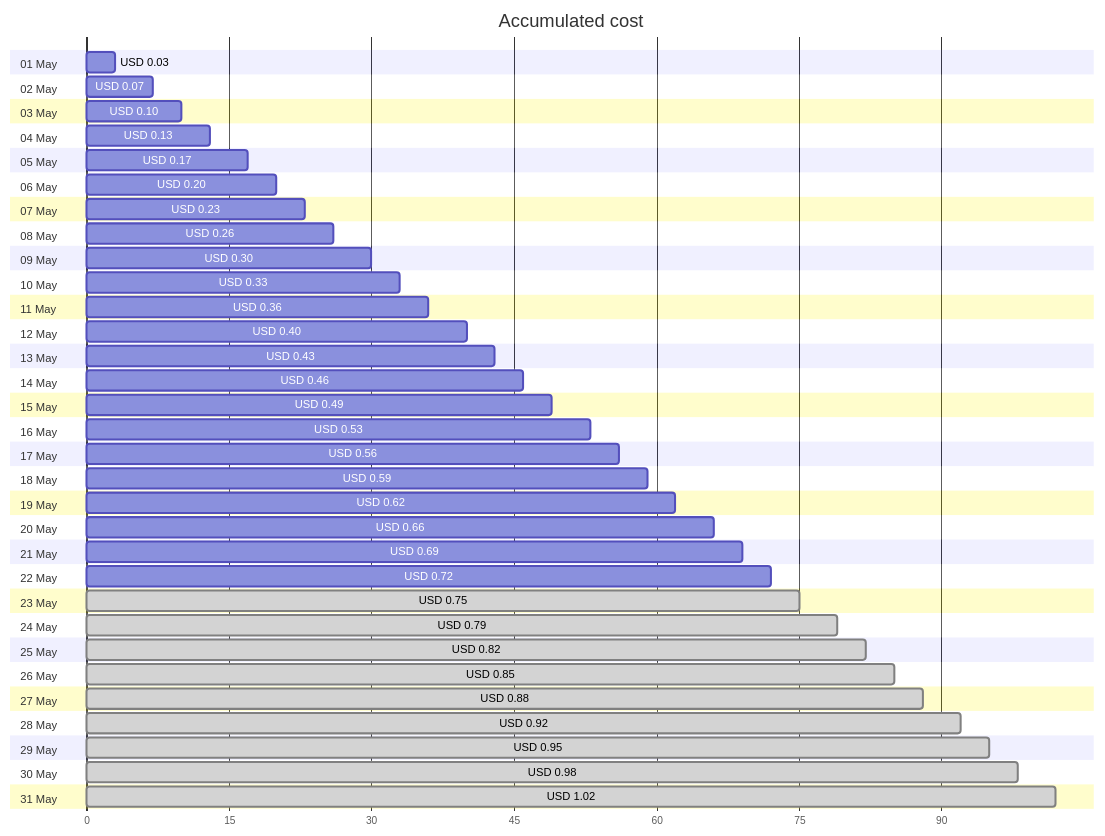
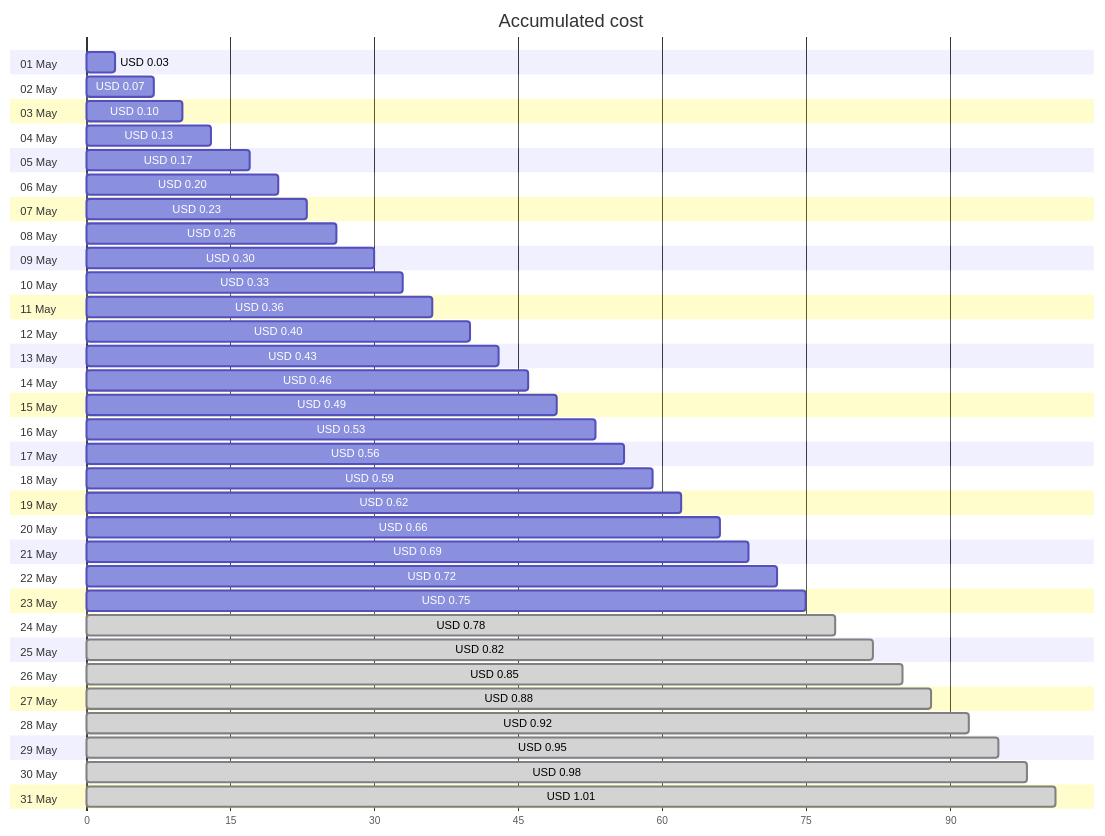
One commit to jpfulton/azure-personal-reports changed the first of 4 diagrams in cost-reports/personal-dns/README.md. Above: the diagram before and after it, drawn with Mermaid. The commit also changed other lines of this file and 2 other files, not shown here.

````diff
--- a/cost-reports/personal-dns/README.md
+++ b/cost-reports/personal-dns/README.md
@@ -20,68 +20,68 @@
 ```mermaid
 gantt
    title Accumulated cost
    dateFormat  X
    axisFormat %s
    section 01 May
    USD 0.03 :0, 3
    section 02 May
    USD 0.07 :0, 7
    section 03 May
    USD 0.10 :0, 10
    section 04 May
    USD 0.13 :0, 13
    section 05 May
    USD 0.17 :0, 17
    section 06 May
    USD 0.20 :0, 20
    section 07 May
    USD 0.23 :0, 23
    section 08 May
    USD 0.26 :0, 26
    section 09 May
    USD 0.30 :0, 30
    section 10 May
    USD 0.33 :0, 33
    section 11 May
    USD 0.36 :0, 36
    section 12 May
    USD 0.40 :0, 40
    section 13 May
    USD 0.43 :0, 43
    section 14 May
    USD 0.46 :0, 46
    section 15 May
    USD 0.49 :0, 49
    section 16 May
    USD 0.53 :0, 53
    section 17 May
    USD 0.56 :0, 56
    section 18 May
    USD 0.59 :0, 59
    section 19 May
    USD 0.62 :0, 62
    section 20 May
    USD 0.66 :0, 66
    section 21 May
    USD 0.69 :0, 69
    section 22 May
    USD 0.72 :0, 72
    section 23 May
-   USD 0.75 : done, 0, 75
+   USD 0.75 :0, 75
    section 24 May
-   USD 0.79 : done, 0, 79
+   USD 0.78 : done, 0, 78
    section 25 May
    USD 0.82 : done, 0, 82
    section 26 May
    USD 0.85 : done, 0, 85
    section 27 May
    USD 0.88 : done, 0, 88
    section 28 May
    USD 0.92 : done, 0, 92
    section 29 May
    USD 0.95 : done, 0, 95
    section 30 May
    USD 0.98 : done, 0, 98
    section 31 May
-   USD 1.02 : done, 0, 102
+   USD 1.01 : done, 0, 101
 ```
````
